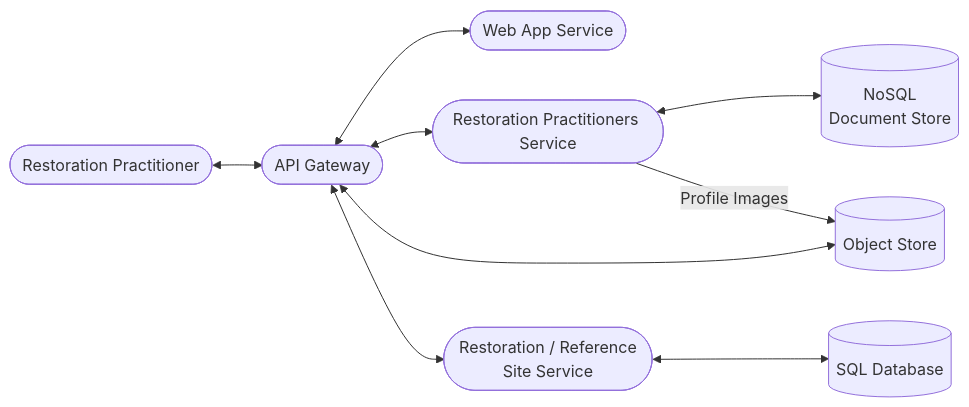
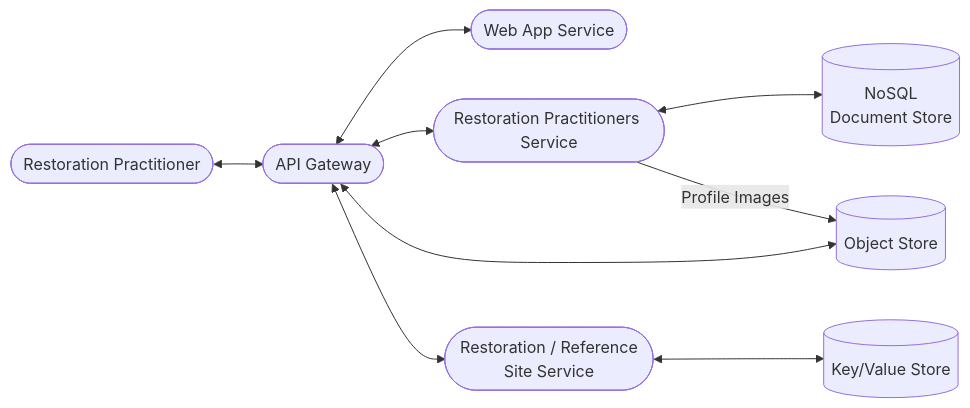
The fourth of 4 diagrams in README.md (maulikdave-fh/bdi), drawn with Mermaid before and after one commit.

````diff
--- a/README.md
+++ b/README.md
@@ -125,11 +125,11 @@
 ```mermaid
     flowchart LR
         RP([Restoration Practitioner]) <--> APIGateway([API Gateway])
         APIGateway <--> WebApp([Web App Service])
         APIGateway <--> RPS([Restoration Practitioners Service])
         RPS <--> RPSSQL[(NoSQL<br/> Document Store)]
         RPS --> |Profile Images| ObjStore[(Object Store)]
         APIGateway <--> Site([Restoration / Reference<br/> Site Service])
-        Site <--> RSSSQL[(SQL Database)]
+        Site <--> RSSSQL[(Key/Value Store)]
         APIGateway <--> ObjStore
 ```
````
